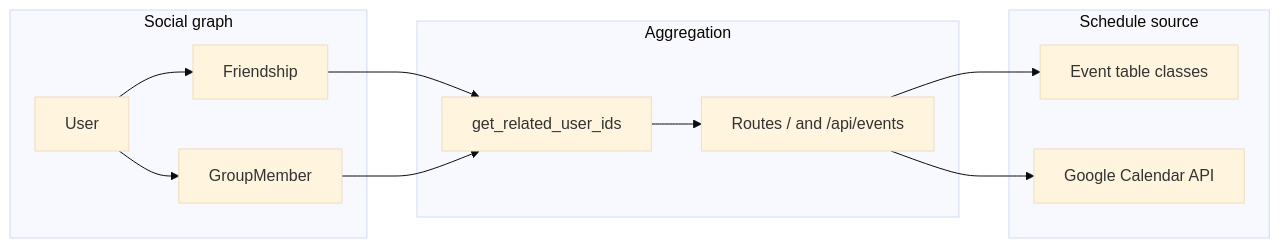
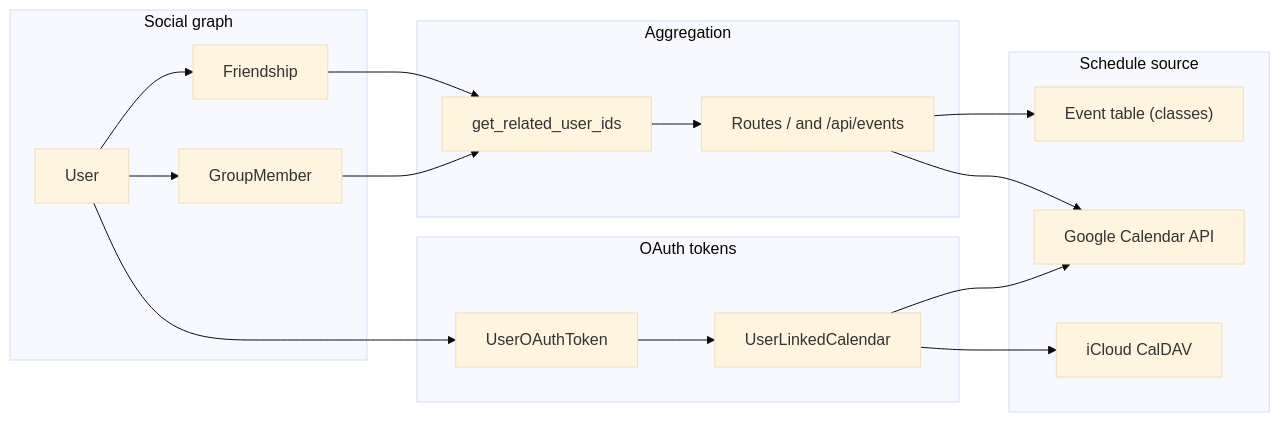
The first of 2 diagrams in AGENTS.md (maxh5/group-schedule), drawn with Mermaid (base theme) before and after one commit. The commit also changed other lines of this file and 8 other files, not shown here.

````diff
--- a/AGENTS.md
+++ b/AGENTS.md
@@ -130,23 +153,32 @@
 ```mermaid
 flowchart LR
   subgraph social [Social graph]
     User
     Friendship
     GroupMember
   end
   subgraph aggregate [Aggregation]
     getRelated["get_related_user_ids"]
     routes["Routes / and /api/events"]
   end
   subgraph data [Schedule source]
-    EventTable["Event table classes"]
+    EventTable["Event table (classes)"]
     GoogleCal["Google Calendar API"]
+    AppleCal["iCloud CalDAV"]
+  end
+  subgraph tokens [OAuth tokens]
+    UserOAuthToken
+    UserLinkedCalendar
   end
   User --> Friendship
   User --> GroupMember
   Friendship --> getRelated
   GroupMember --> getRelated
   getRelated --> routes
   routes --> EventTable
   routes --> GoogleCal
+  User --> UserOAuthToken
+  UserOAuthToken --> UserLinkedCalendar
+  UserLinkedCalendar --> GoogleCal
+  UserLinkedCalendar --> AppleCal
 ```
````
